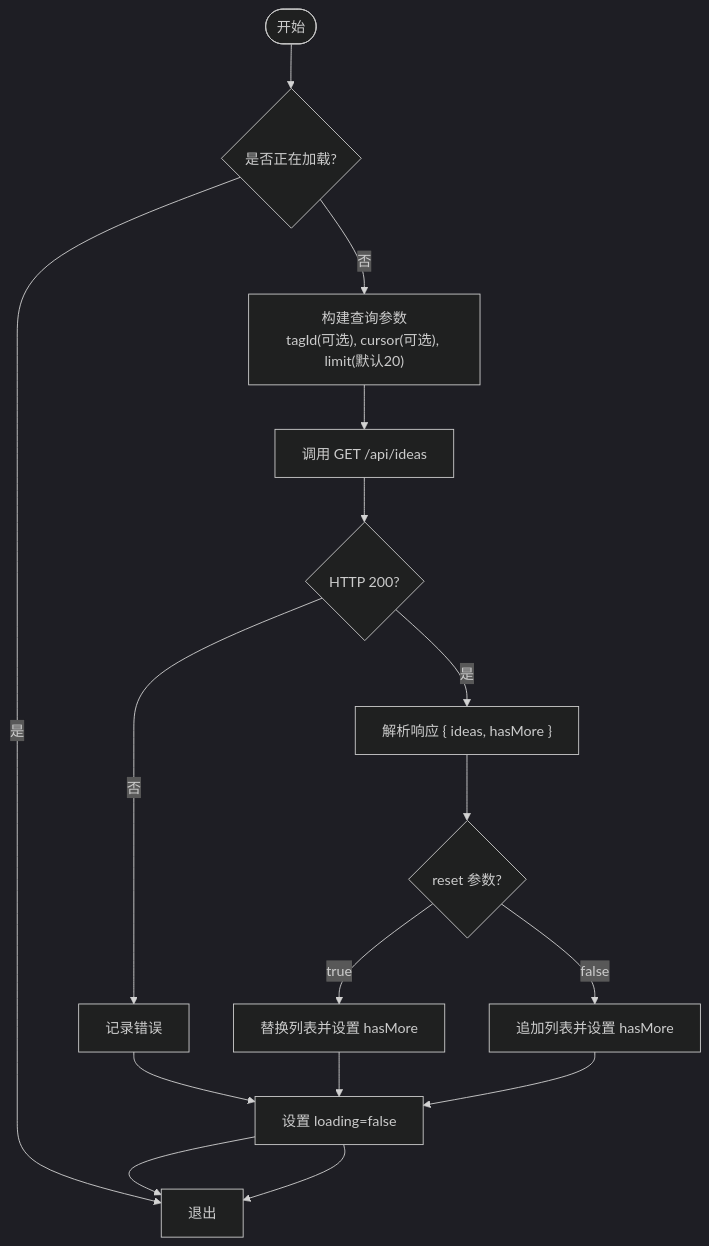
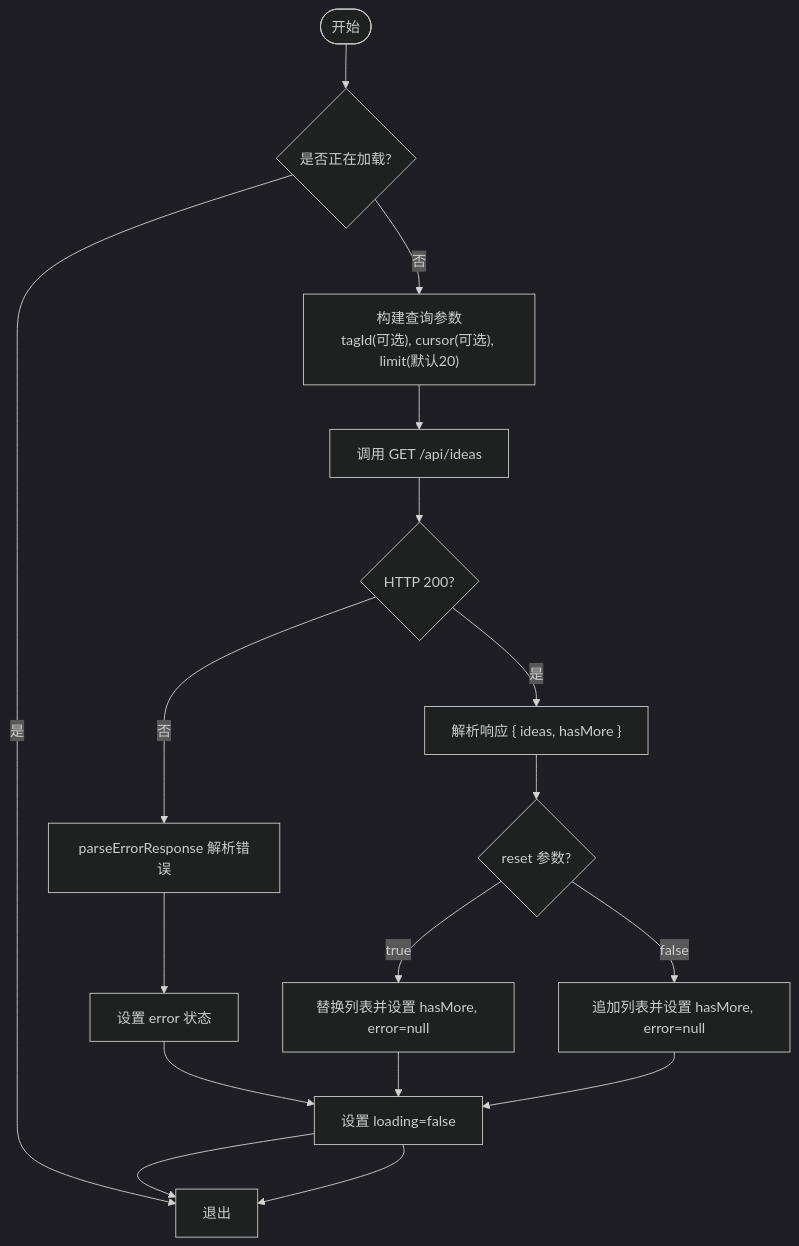
The fifth of 10 diagrams in .qoder/repowiki/zh/content/状态管理/想法状态.md (BlackBoxRecorder/uninote), drawn with Mermaid (dark theme) before and after one commit. The commit also changed other lines of this file and 9 other files, not shown here.

````diff
--- a/.qoder/repowiki/zh/content/状态管理/想法状态.md
+++ b/.qoder/repowiki/zh/content/状态管理/想法状态.md
@@ -314,16 +345,19 @@
 ```mermaid
 flowchart TD
 Start(["开始"]) --> CheckLoading{"是否正在加载?"}
 CheckLoading --> |是| Exit["退出"]
 CheckLoading --> |否| BuildParams["构建查询参数<br/>tagId(可选), cursor(可选), limit(默认20)"]
 BuildParams --> FetchAPI["调用 GET /api/ideas"]
 FetchAPI --> Ok{"HTTP 200?"}
-Ok --> |否| LogErr["记录错误"] --> SetIdle["设置 loading=false"] --> Exit
+Ok --> |否| ParseError["parseErrorResponse 解析错误"]
+ParseError --> SetError["设置 error 状态"]
+SetError --> SetIdle["设置 loading=false"]
+SetIdle --> Exit
 Ok --> |是| Parse["解析响应 { ideas, hasMore }"]
 Parse --> Reset{"reset 参数?"}
-Reset --> |true| Replace["替换列表并设置 hasMore"]
-Reset --> |false| Append["追加列表并设置 hasMore"]
+Reset --> |true| Replace["替换列表并设置 hasMore, error=null"]
+Reset --> |false| Append["追加列表并设置 hasMore, error=null"]
 Replace --> SetIdle
 Append --> SetIdle
 SetIdle --> Exit
 ```
````
